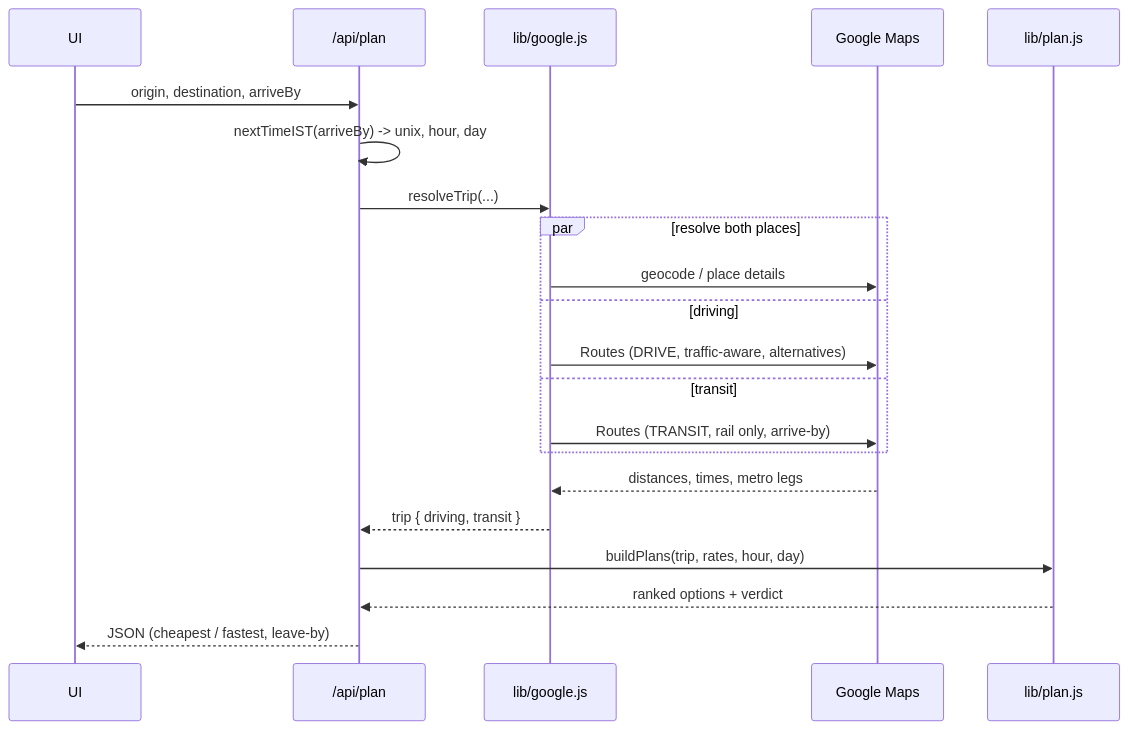
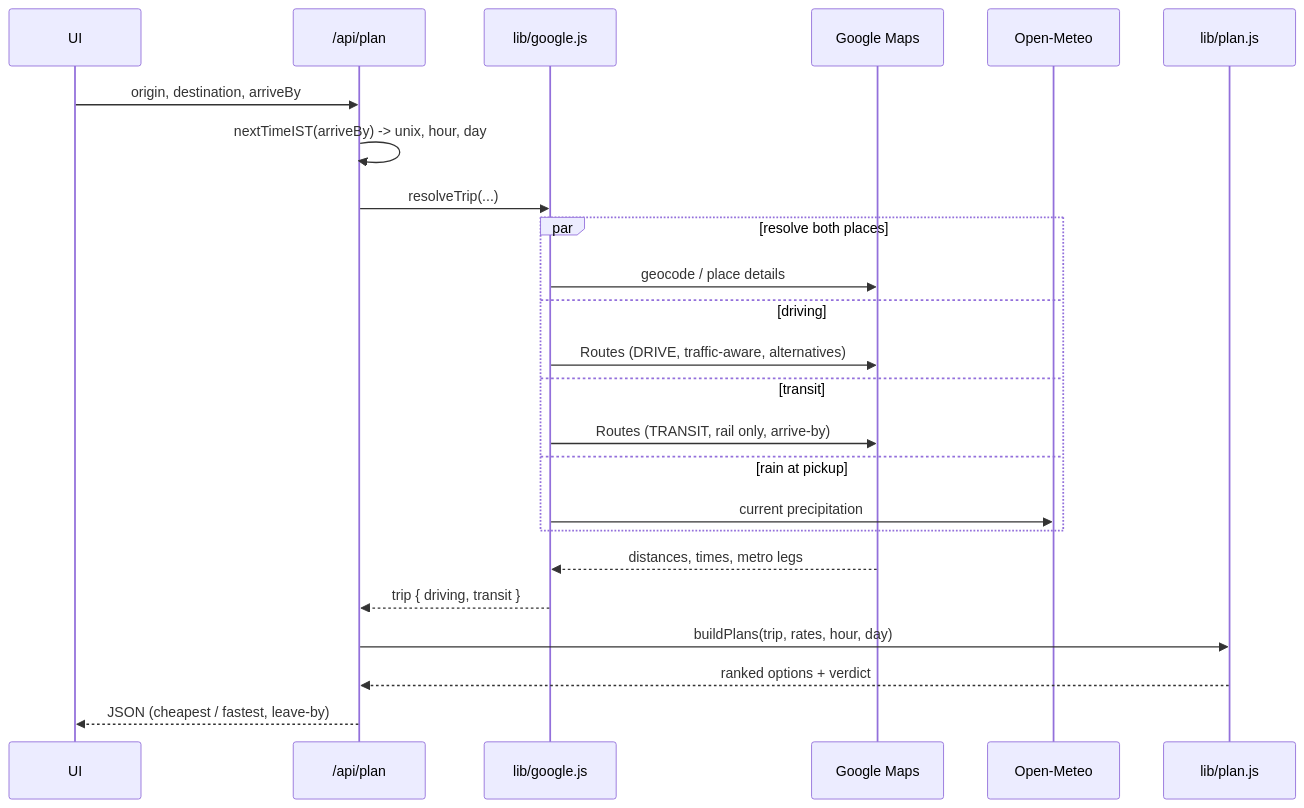
One commit to anvitakodru/FareWise changed the second of 2 diagrams in architecture.md. Above: the diagram before and after it, drawn with Mermaid. The commit also changed other lines of this file and 2 other files, not shown here.

Commit message:
Remove fare-override panel; update README + architecture for rain and the current model

````diff
--- a/architecture.md
+++ b/architecture.md
@@ -23,23 +24,26 @@
 ```mermaid
 sequenceDiagram
     participant U as UI
     participant A as /api/plan
     participant G as lib/google.js
     participant GM as Google Maps
+    participant WX as Open-Meteo
     participant P as lib/plan.js
     U->>A: origin, destination, arriveBy
     A->>A: nextTimeIST(arriveBy) -> unix, hour, day
     A->>G: resolveTrip(...)
     par resolve both places
         G->>GM: geocode / place details
     and driving
         G->>GM: Routes (DRIVE, traffic-aware, alternatives)
     and transit
         G->>GM: Routes (TRANSIT, rail only, arrive-by)
+    and rain at pickup
+        G->>WX: current precipitation
     end
     GM-->>G: distances, times, metro legs
     G-->>A: trip { driving, transit }
     A->>P: buildPlans(trip, rates, hour, day)
     P-->>A: ranked options + verdict
     A-->>U: JSON (cheapest / fastest, leave-by)
 ```
````
